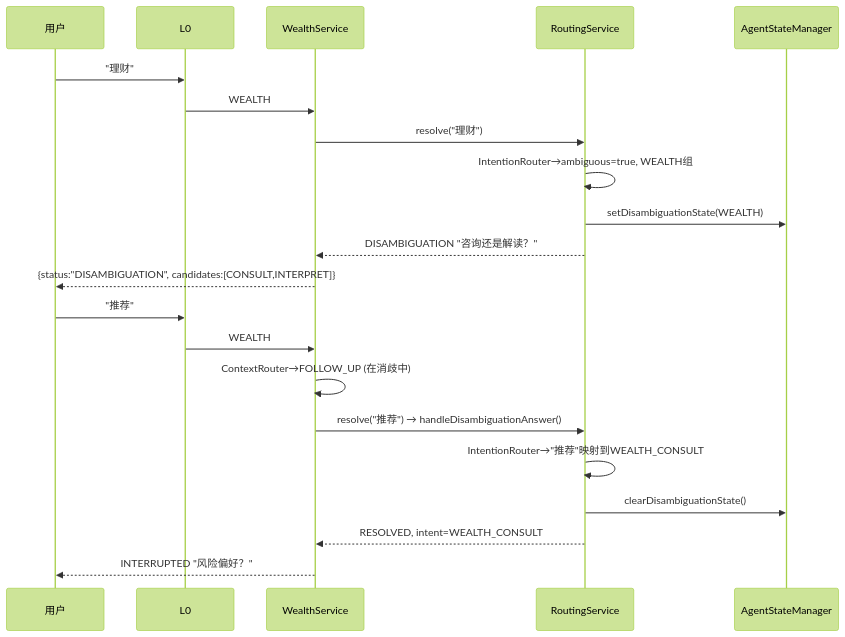
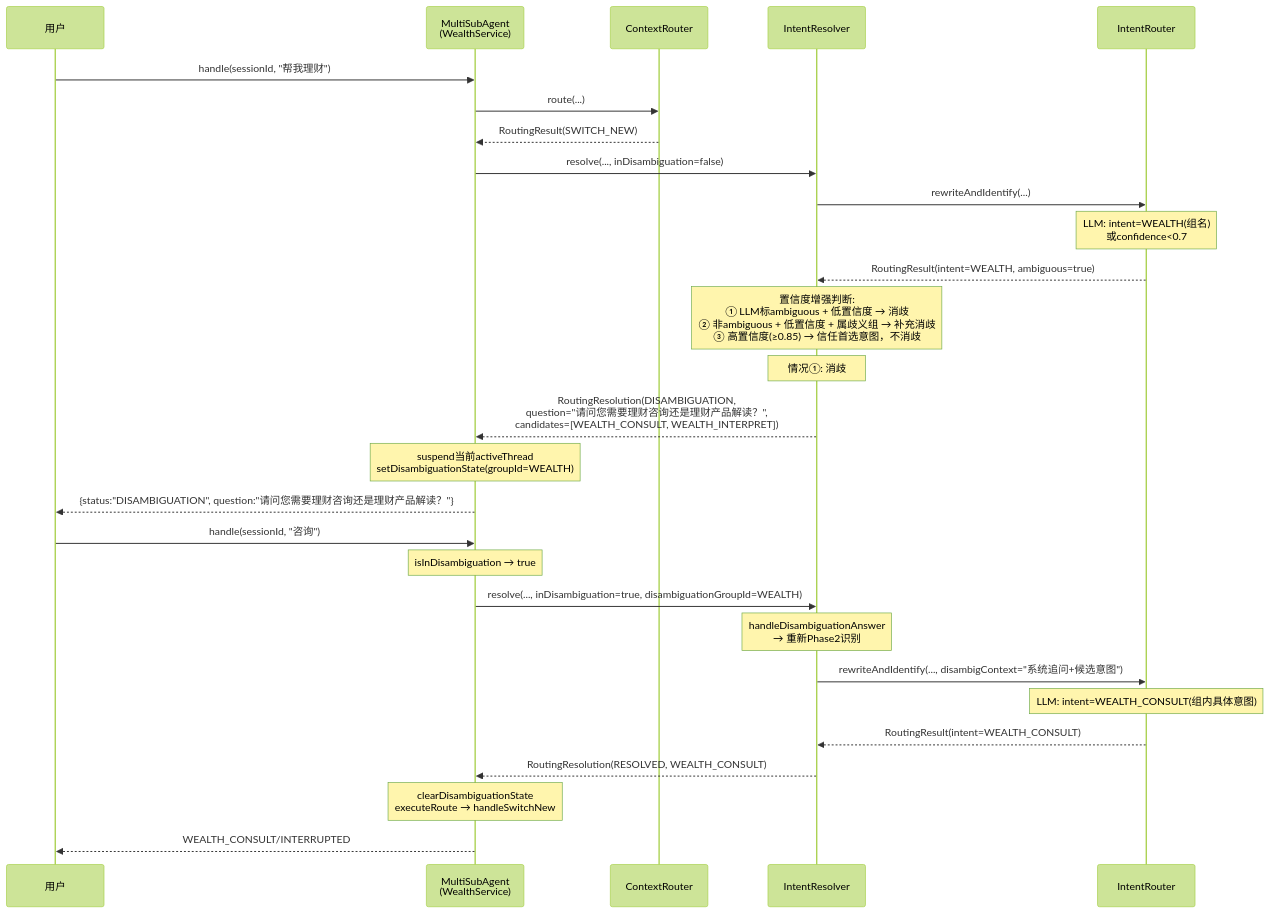
Diagram 11 of 17 in ARCHITECTURE-FULL.md (michael-lin-45/mobile-ai-bank-demo---workbuddy), drawn with Mermaid (forest theme) before and after one commit. The commit also changed other lines of this file and 9 other files, not shown here.

````diff
--- a/ARCHITECTURE-FULL.md
+++ b/ARCHITECTURE-FULL.md
@@ -672,25 +703,36 @@
 ```mermaid
 sequenceDiagram
     participant U as 用户
-    participant L0 as L0
-    participant WS as WealthService
-    participant RS as RoutingService
-    participant SM as AgentStateManager
+    participant MSAD as MultiSubAgent<br/>(WealthService)
+    participant CR as ContextRouter
+    participant IRes as IntentResolver
+    participant IR as IntentRouter
+
+    U->>MSAD: handle(sessionId, "帮我理财")
+    MSAD->>CR: route(...)
+    CR-->>MSAD: RoutingResult(SWITCH_NEW)
+    MSAD->>IRes: resolve(..., inDisambiguation=false)
+    IRes->>IR: rewriteAndIdentify(...)
+    Note over IR: LLM: intent=WEALTH(组名)<br/>或confidence<0.7
+    IR-->>IRes: RoutingResult(intent=WEALTH, ambiguous=true)
     
-    U->>L0: "理财"
-    L0->>WS: WEALTH
-    WS->>RS: resolve("理财")
-    RS->>RS: IntentionRouter→ambiguous=true, WEALTH组
-    RS->>SM: setDisambiguationState(WEALTH)
-    RS-->>WS: DISAMBIGUATION "咨询还是解读？"
-    WS-->>U: {status:"DISAMBIGUATION", candidates:[CONSULT,INTERPRET]}
+    Note over IRes: 置信度增强判断:<br/>① LLM标ambiguous + 低置信度 → 消歧<br/>② 非ambiguous + 低置信度 + 属歧义组 → 补充消歧<br/>③ 高置信度(≥0.85) → 信任首选意图，不消歧
     
-    U->>L0: "推荐"
-    L0->>WS: WEALTH
-    WS->>WS: ContextRouter→FOLLOW_UP (在消歧中)
-    WS->>RS: resolve("推荐") → handleDisambiguationAnswer()
-    RS->>RS: IntentionRouter→"推荐"映射到WEALTH_CONSULT
-    RS->>SM: clearDisambiguationState()
-    RS-->>WS: RESOLVED, intent=WEALTH_CONSULT
-    WS-->>U: INTERRUPTED "风险偏好？"
+    Note over IRes: 情况①: 消歧
+    IRes-->>MSAD: RoutingResolution(DISAMBIGUATION,<br/>question="请问您需要理财咨询还是理财产品解读？",<br/>candidates=[WEALTH_CONSULT, WEALTH_INTERPRET])
+    
+    Note over MSAD: suspend当前activeThread<br/>setDisambiguationState(groupId=WEALTH)
+    MSAD-->>U: {status:"DISAMBIGUATION", question:"请问您需要理财咨询还是理财产品解读？"}
+    
+    U->>MSAD: handle(sessionId, "咨询")
+    Note over MSAD: isInDisambiguation → true
+    MSAD->>IRes: resolve(..., inDisambiguation=true, disambiguationGroupId=WEALTH)
+    Note over IRes: handleDisambiguationAnswer<br/>→ 重新Phase2识别
+    IRes->>IR: rewriteAndIdentify(..., disambigContext="系统追问+候选意图")
+    Note over IR: LLM: intent=WEALTH_CONSULT(组内具体意图)
+    IR-->>IRes: RoutingResult(intent=WEALTH_CONSULT)
+    IRes-->>MSAD: RoutingResolution(RESOLVED, WEALTH_CONSULT)
+    
+    Note over MSAD: clearDisambiguationState<br/>executeRoute → handleSwitchNew
+    MSAD-->>U: WEALTH_CONSULT/INTERRUPTED
 ```
````
